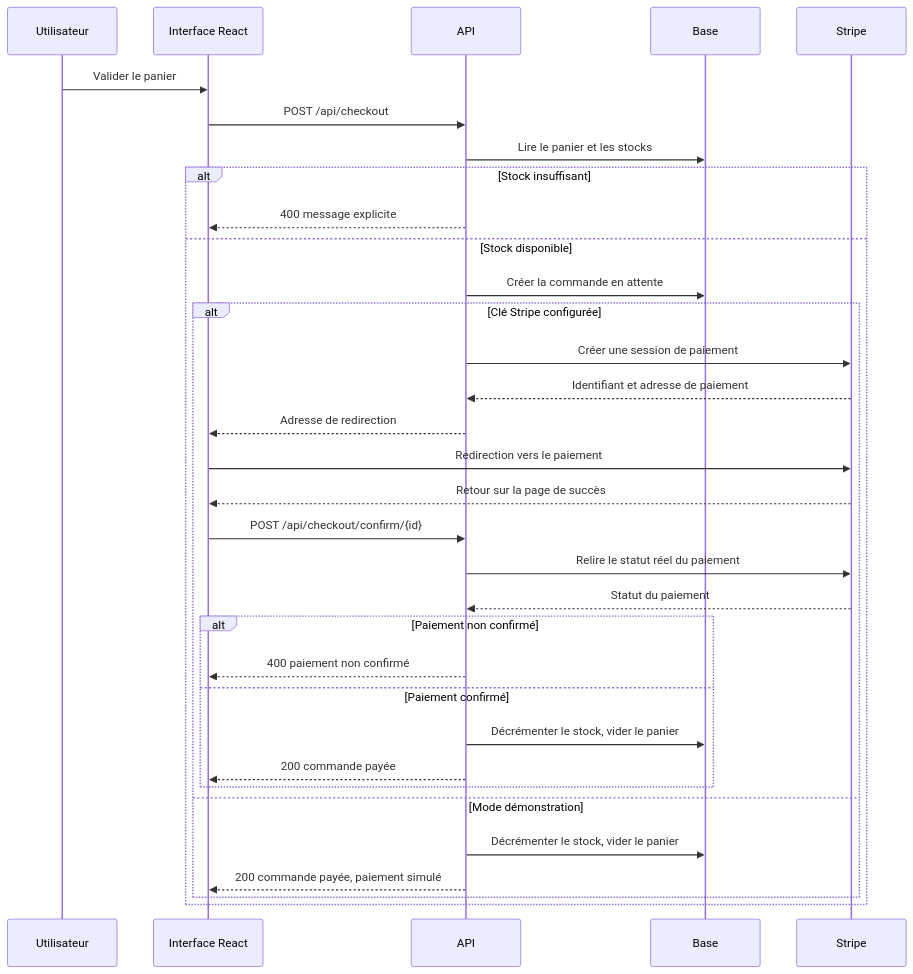
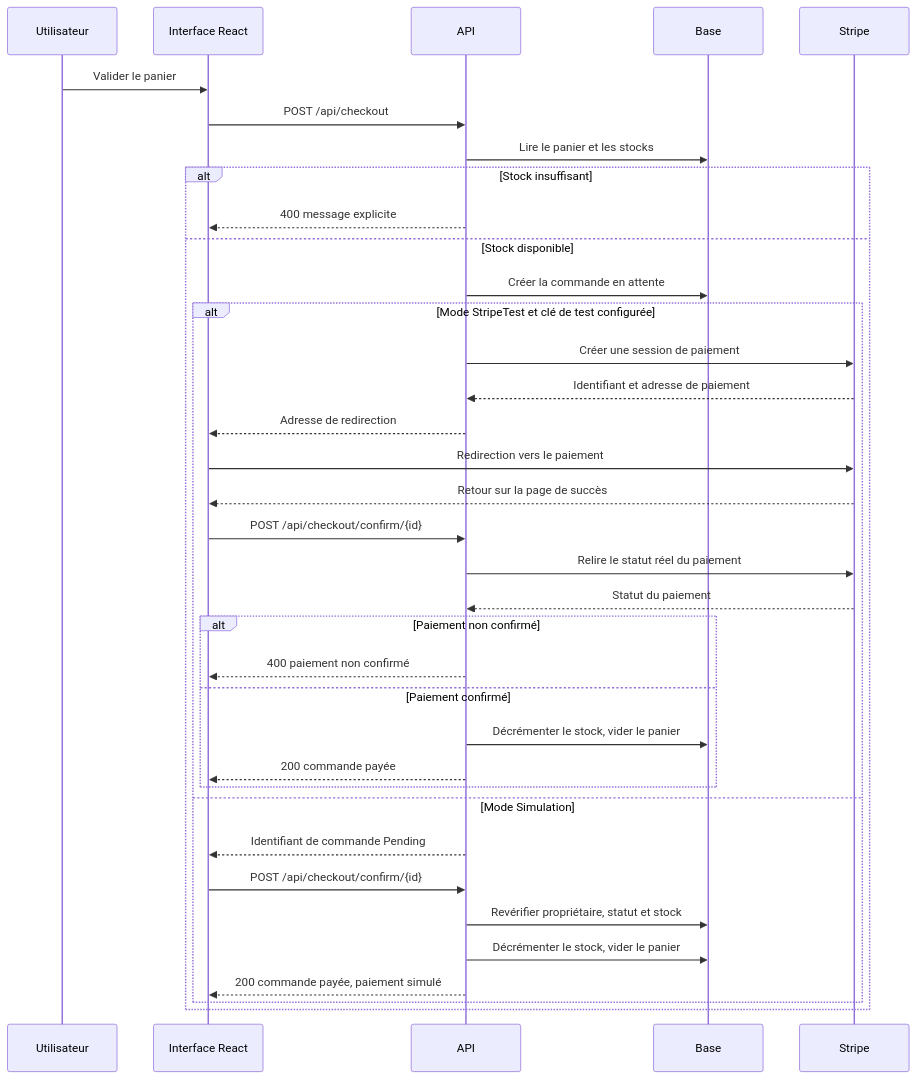
One commit to Midou-bit/projet-fil-rouge changed the fourth of 6 diagrams in docs/03-conception.md. Above: the diagram before and after it, drawn with Mermaid. The commit also changed other lines of this file and 134 other files, not shown here.

````diff
--- a/docs/03-conception.md
+++ b/docs/03-conception.md
@@ -178,36 +187,39 @@
 ```mermaid
 sequenceDiagram
     participant U as Utilisateur
     participant F as Interface React
     participant A as API
     participant D as Base
     participant S as Stripe
 
     U->>F: Valider le panier
     F->>A: POST /api/checkout
     A->>D: Lire le panier et les stocks
     alt Stock insuffisant
         A-->>F: 400 message explicite
     else Stock disponible
         A->>D: Créer la commande en attente
-        alt Clé Stripe configurée
+        alt Mode StripeTest et clé de test configurée
             A->>S: Créer une session de paiement
             S-->>A: Identifiant et adresse de paiement
             A-->>F: Adresse de redirection
             F->>S: Redirection vers le paiement
             S-->>F: Retour sur la page de succès
             F->>A: POST /api/checkout/confirm/{id}
             A->>S: Relire le statut réel du paiement
             S-->>A: Statut du paiement
             alt Paiement non confirmé
                 A-->>F: 400 paiement non confirmé
             else Paiement confirmé
                 A->>D: Décrémenter le stock, vider le panier
                 A-->>F: 200 commande payée
             end
-        else Mode démonstration
+        else Mode Simulation
+            A-->>F: Identifiant de commande Pending
+            F->>A: POST /api/checkout/confirm/{id}
+            A->>D: Revérifier propriétaire, statut et stock
             A->>D: Décrémenter le stock, vider le panier
             A-->>F: 200 commande payée, paiement simulé
         end
     end
 ```
````
